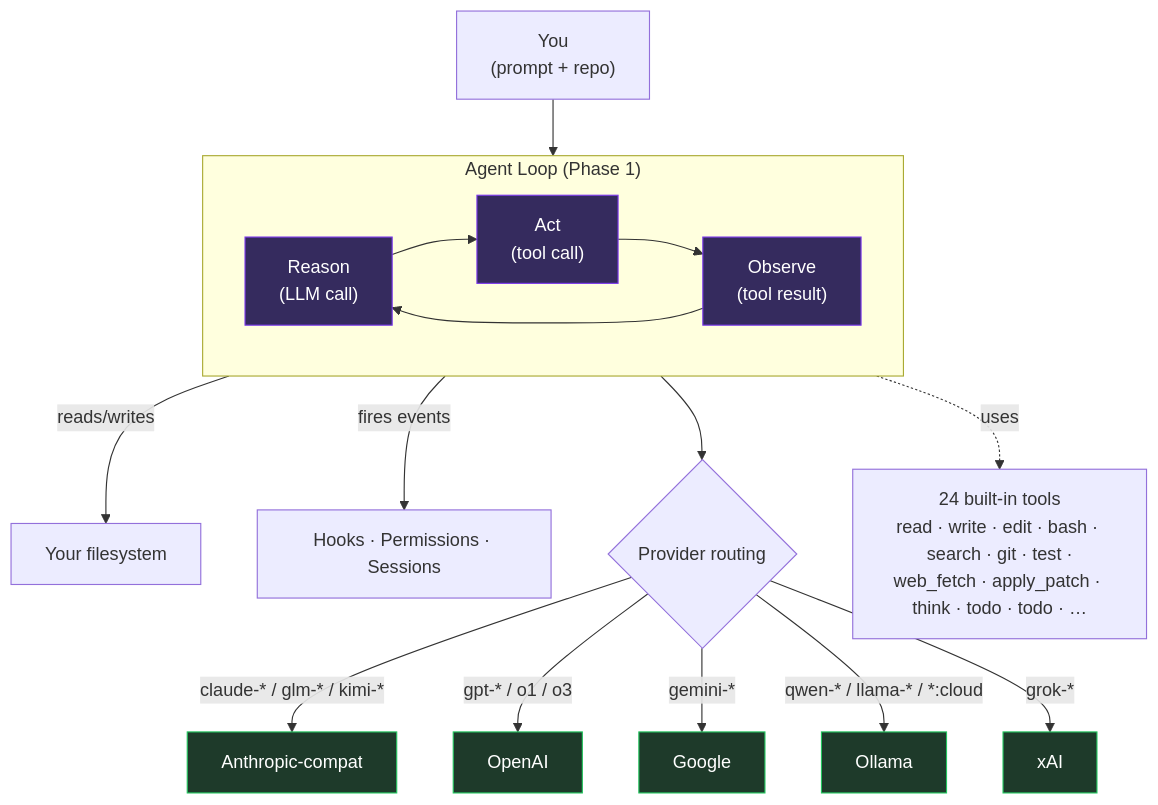
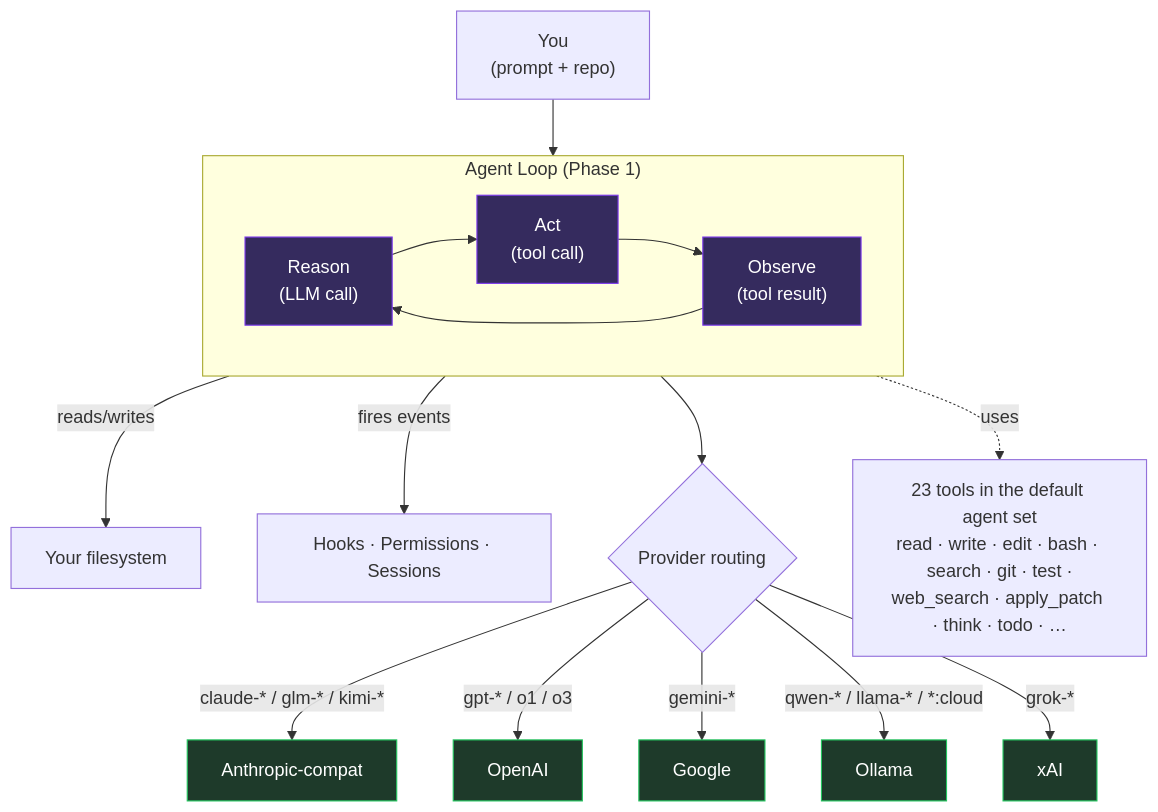
The first of 2 diagrams in README.md (0bserver07/chimera), drawn with Mermaid before and after one commit. The commit also changed other lines of this file and 3 other files, not shown here.

````diff
--- a/README.md
+++ b/README.md
@@ -58,28 +58,28 @@
 ```mermaid
 graph TD
     User["You<br/>(prompt + repo)"]
     User --> AgentLoop
 
     subgraph AgentLoop["Agent Loop (Phase 1)"]
         direction LR
         Think["Reason<br/>(LLM call)"] --> Act["Act<br/>(tool call)"] --> Obs["Observe<br/>(tool result)"] --> Think
     end
 
     AgentLoop -->|reads/writes| FS["Your filesystem"]
     AgentLoop -->|fires events| Hooks["Hooks · Permissions · Sessions"]
 
     AgentLoop --> Provider{"Provider routing"}
     Provider -- "claude-* / glm-* / kimi-*" --> Anth["Anthropic-compat"]
     Provider -- "gpt-* / o1 / o3" --> OAI["OpenAI"]
     Provider -- "gemini-*" --> G["Google"]
     Provider -- "qwen-* / llama-* / *:cloud" --> Oll["Ollama"]
     Provider -- "grok-*" --> X["xAI"]
 
-    Tools["24 built-in tools<br/>read · write · edit · bash · search · git · test ·<br/>web_fetch · apply_patch · think · todo · todo · …"]
+    Tools["23 tools in the default agent set<br/>read · write · edit · bash · search · git · test ·<br/>web_search · apply_patch · think · todo · …"]
     AgentLoop -.uses.-> Tools
 
     classDef loop fill:#352b5e,stroke:#7c3aed,color:#fff
     classDef provider fill:#1e3a2a,stroke:#22c55e,color:#fff
     class Think,Act,Obs loop
     class Anth,OAI,G,Oll,X provider
 ```
````
